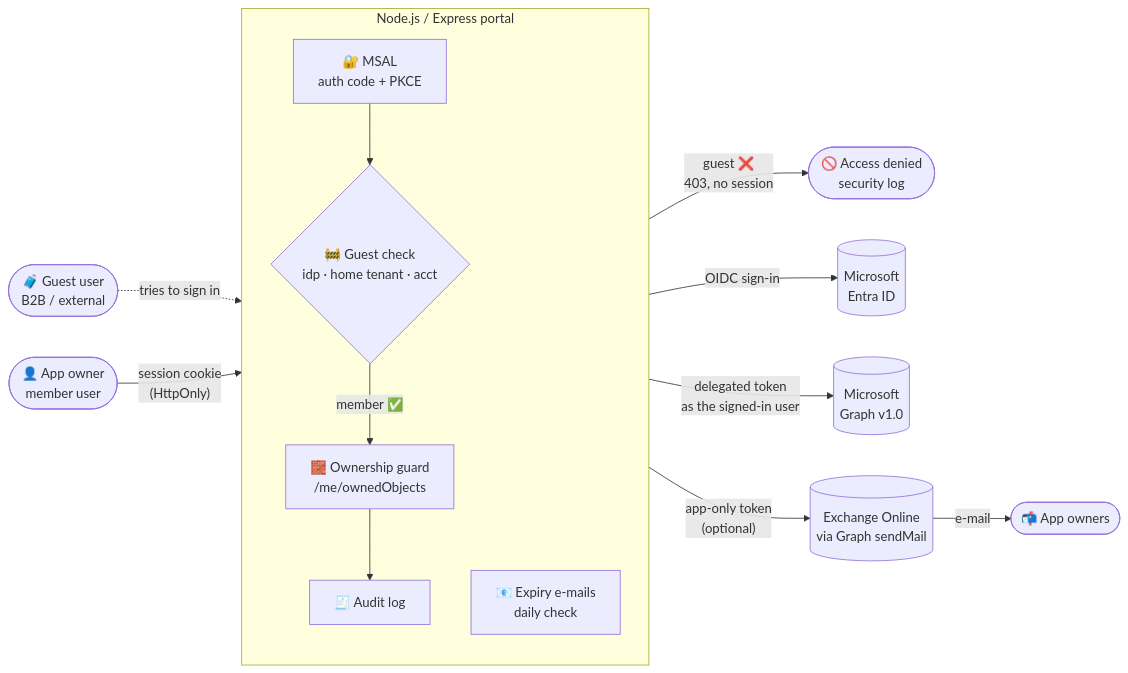
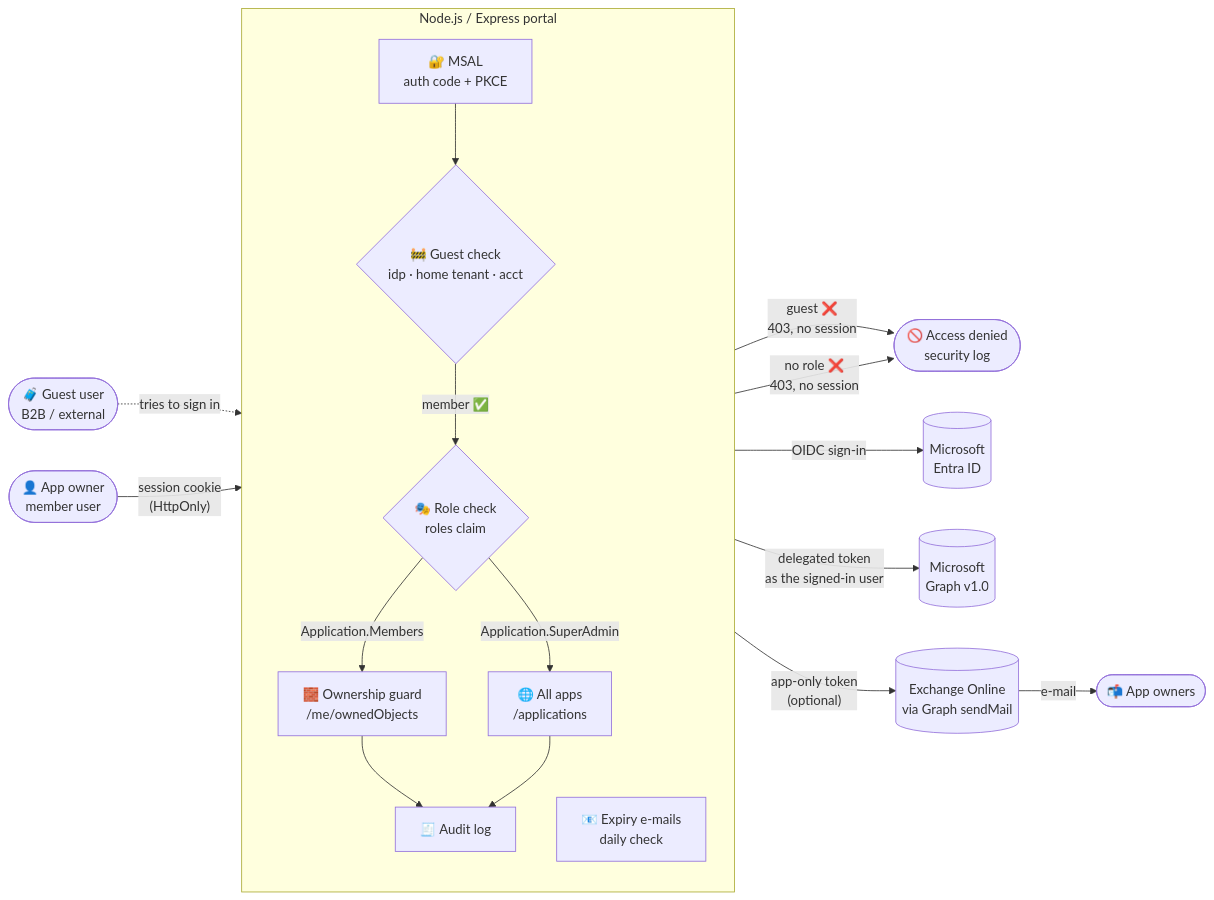
The diagram in README.md (21bshwjt/Entra-Apps-Management), drawn with Mermaid before and after one commit. The commit also changed other lines of this file and 8 other files, not shown here.

Commit message:
Add Application.Members / Application.SuperAdmin roles managed in Entra; SuperAdmin can re-enable apps

````diff
--- a/README.md
+++ b/README.md
@@ -147,24 +148,30 @@
 ```mermaid
 flowchart LR
     U([👤 App owner<br/>member user]) -- "session cookie<br/>(HttpOnly)" --> S
 
     subgraph S [Node.js / Express portal]
       direction TB
       A[🔐 MSAL<br/>auth code + PKCE]
       B{🚧 Guest check<br/>idp · home tenant · acct}
+      R{🎭 Role check<br/>roles claim}
       G[🧱 Ownership guard<br/>/me/ownedObjects]
+      ALL[🌐 All apps<br/>/applications]
       L[🧾 Audit log]
       N[📧 Expiry e-mails<br/>daily check]
       A --> B
-      B -- "member ✅" --> G
+      B -- "member ✅" --> R
+      R -- "Application.Members" --> G
+      R -- "Application.SuperAdmin" --> ALL
       G --> L
+      ALL --> L
     end
 
     GU([🧳 Guest user<br/>B2B / external]) -. "tries to sign in" .-> A
     B -- "guest ❌<br/>403, no session" --> D([🚫 Access denied<br/>security log])
+    R -- "no role ❌<br/>403, no session" --> D
 
     S -- "OIDC sign-in" --> E[(Microsoft<br/>Entra ID)]
     S -- "delegated token<br/>as the signed-in user" --> M[(Microsoft<br/>Graph v1.0)]
     N -- "app-only token<br/>(optional)" --> X[(Exchange Online<br/>via Graph sendMail)]
     X -- "e-mail" --> O([📬 App owners])
 ```
````
